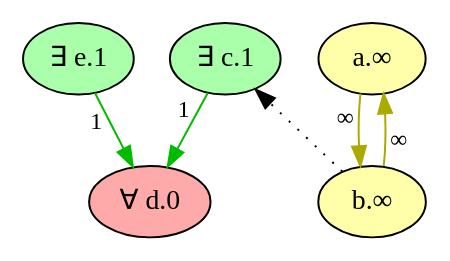
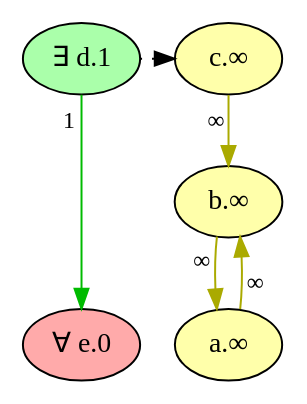
One commit to idaks/Games-and-Argumentation changed the diagram in Refactor/imgs/wm_graph_bl_2/clean_game_wfs.dot. Above: the diagram before and after it, drawn with Graphviz. The commit also changed 85 other files, not shown here.

```diff
--- a/Refactor/imgs/wm_graph_bl_2/clean_game_wfs.dot
+++ b/Refactor/imgs/wm_graph_bl_2/clean_game_wfs.dot
@@ -1,23 +1,23 @@
 digraph {
     rankdir="TB"
     node [style=filled fontname="Palatino" fontsize=14]
     node [fillcolor="#AAFFAA"]
-    "e" [label="∃ e.1"]
-    "c" [label="∃ c.1"]
+    "d" [label="∃ d.1"]
     node [fillcolor="#FFAAAA"]
-    "d" [label="∀ d.0"]
+    "e" [label="∀ e.0"]
     node [fillcolor="#FFFFAA"]
+    "b" [label="b.∞"]
     "a" [label="a.∞"]
-    "b" [label="b.∞"]
+    "c" [label="c.∞"]
     edge[labeldistance=1.5 fontsize=12]
     edge [color="#AAAA00" style="solid" dir="forward" taillabel="∞"]
+           "b" -> "a" 
            "a" -> "b" 
-           "b" -> "a" 
+           "c" -> "b" 
     edge [color="#00BB00" style="solid" dir="forward" taillabel="1"]
-           "c" -> "d" 
-           "e" -> "d" 
+           "d" -> "e" 
     edge [color="black" style="dotted" dir="forward" taillabel="" constraint=false]
-           "b" -> "c" 
-    {rank = max d}
-    {rank = min e c}
+           "d" -> "c" 
+    {rank = max e}
+    {rank = min d}
 }
```
